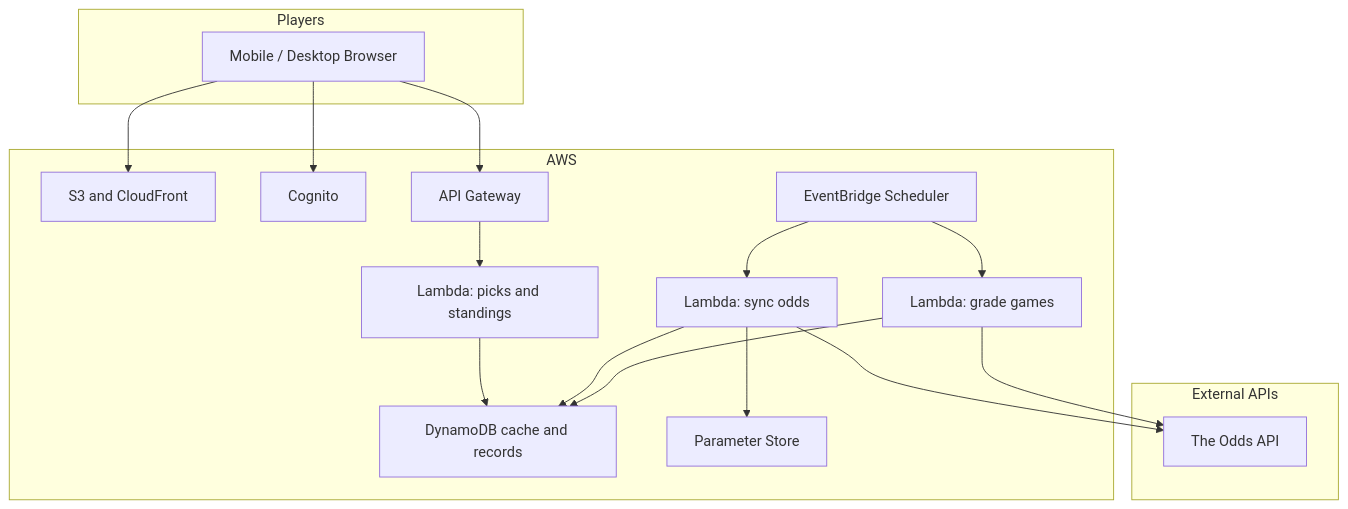
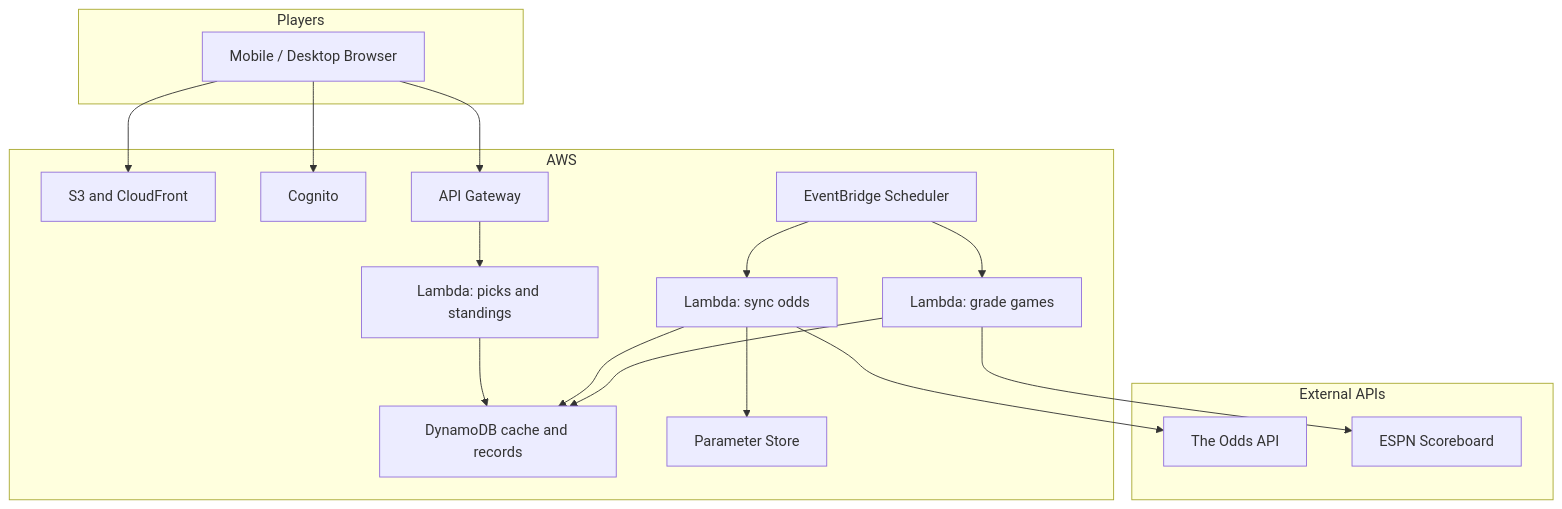
The diagram in PLAN.md (kenneth-huebsch/locks), drawn with Mermaid before and after one commit. The commit also changed other lines of this file and 9 other files, not shown here.

First line of the commit message:
Switch grade-games scoring from Odds API to ESPN.

````diff
--- a/PLAN.md
+++ b/PLAN.md
@@ -103,35 +98,36 @@
 ```mermaid
 flowchart TB
   subgraph clients [Players]
     Browser[Mobile / Desktop Browser]
   end
 
   subgraph aws [AWS]
     StaticSite[S3 and CloudFront]
     Identity[Cognito]
     Api[API Gateway]
     FnAPI[Lambda: picks and standings]
     Scheduler[EventBridge Scheduler]
     FnSync[Lambda: sync odds]
     FnGrade[Lambda: grade games]
     Store[DynamoDB cache and records]
     Secrets[Parameter Store]
   end
 
   subgraph external [External APIs]
     OddsAPI[The Odds API]
+    EspnAPI[ESPN Scoreboard]
   end
 
   Browser --> StaticSite
   Browser --> Identity
   Browser --> Api
   Api --> FnAPI
   FnAPI --> Store
   Scheduler --> FnSync
   Scheduler --> FnGrade
   FnSync --> Secrets
   FnSync --> OddsAPI
   FnSync --> Store
-  FnGrade --> OddsAPI
+  FnGrade --> EspnAPI
   FnGrade --> Store
 ```
````
